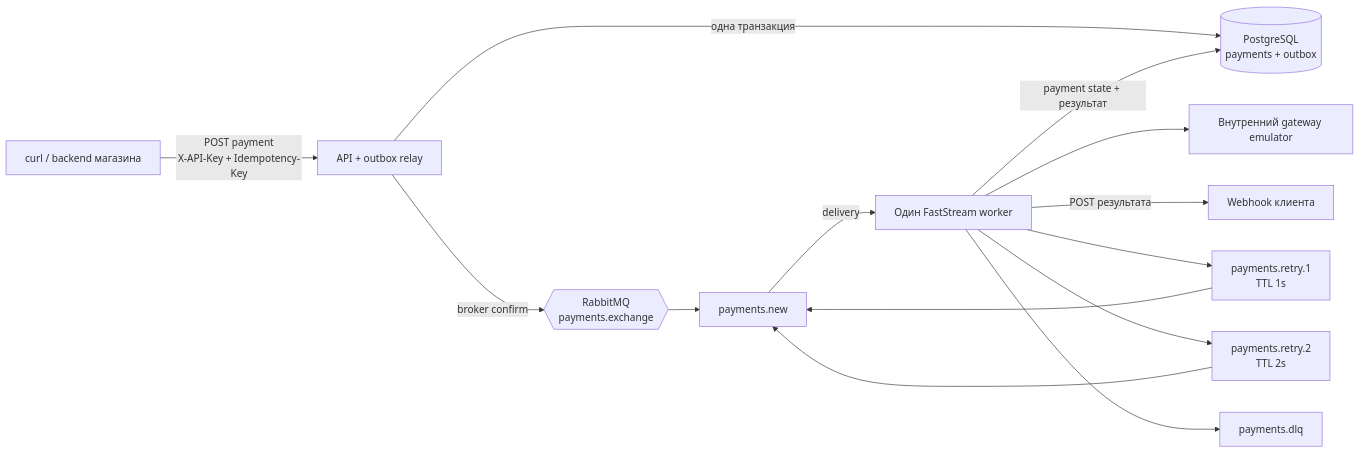
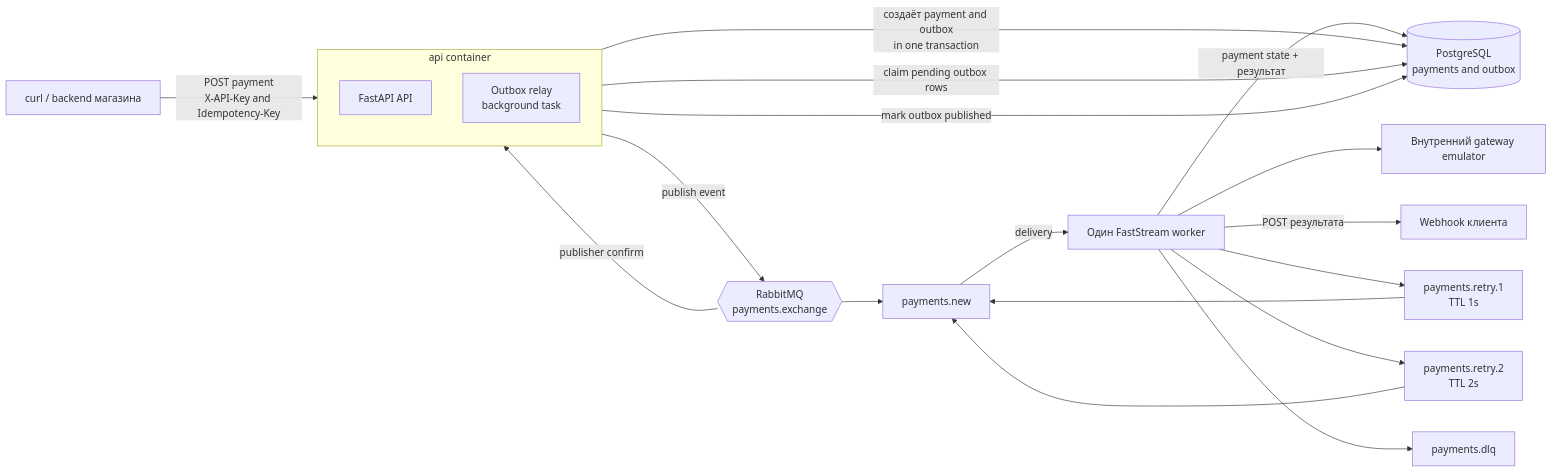
The first of 3 diagrams in docs/architecture.md (HappyCthulhu/async-payment-processor), drawn with Mermaid before and after one commit. The commit also changed other lines of this file, not shown here.

Commit message:
docs: clarify outbox relay boundary

````diff
--- a/docs/architecture.md
+++ b/docs/architecture.md
@@ -5,16 +5,24 @@
 ```mermaid
 flowchart LR
-    Client[curl / backend магазина] -->|POST payment\nX-API-Key + Idempotency-Key| API[API + outbox relay]
-    API -->|одна транзакция| DB[(PostgreSQL\npayments + outbox)]
-    API -->|broker confirm| Exchange{{RabbitMQ\npayments.exchange}}
+    Client[curl / backend магазина] -->|POST payment\nX-API-Key and Idempotency-Key| API
+    subgraph ApiContainer[api container]
+        direction TB
+        API[FastAPI API]
+        Relay[Outbox relay\nbackground task]
+    end
+    API -->|создаёт payment and outbox\nin one transaction| DB[(PostgreSQL\npayments and outbox)]
+    Relay -->|claim pending outbox rows| DB
+    Relay -->|publish event| Exchange{{RabbitMQ\npayments.exchange}}
+    Exchange -->|publisher confirm| Relay
+    Relay -->|mark outbox published| DB
     Exchange --> Work[payments.new]
     Work -->|delivery| Worker[Один FastStream worker]
     Worker -->|payment state + результат| DB
     Worker --> Gateway[Внутренний gateway emulator]
     Worker -->|POST результата| Hook[Webhook клиента]
     Worker --> Retry1[payments.retry.1\nTTL 1s]
     Retry1 --> Work
     Worker --> Retry2[payments.retry.2\nTTL 2s]
     Retry2 --> Work
     Worker --> DLQ[payments.dlq]
 ```
````
